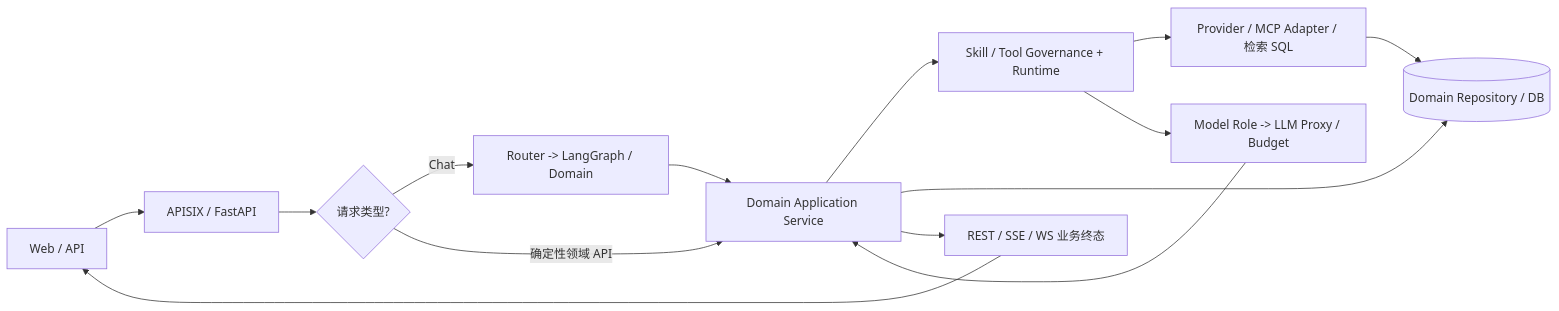
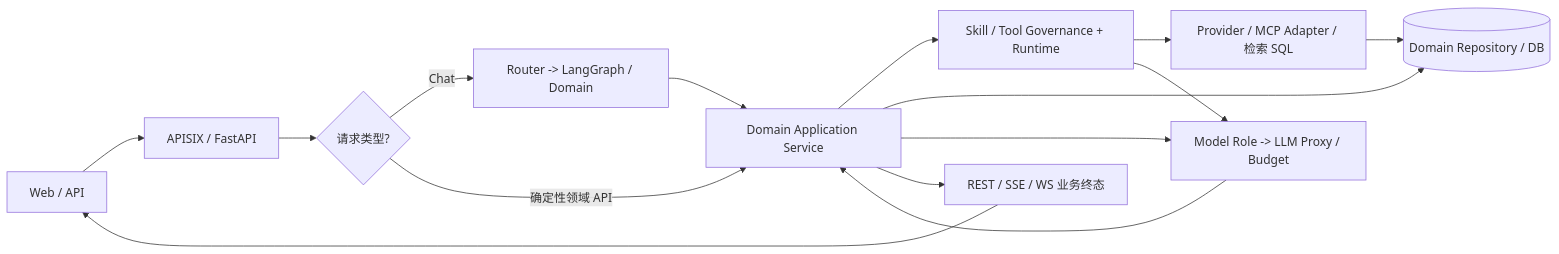
The second of 2 diagrams in docs/architecture/module-boundaries.md (Jayus-07/agent), drawn with Mermaid before and after one commit. The commit also changed 1 other file, not shown here.

Commit message:
docs(contract): align SSE event names and direct model invocation path

````diff
--- a/docs/architecture/module-boundaries.md
+++ b/docs/architecture/module-boundaries.md
@@ -70,16 +70,17 @@
 ```mermaid
 flowchart LR
   U[Web / API] --> G[APISIX / FastAPI]
   G --> Q{请求类型?}
   Q -->|Chat| R[Router -> LangGraph / Domain]
   Q -->|确定性领域 API| D[Domain Application Service]
   R --> D
   D --> X[Skill / Tool Governance + Runtime]
   D --> B[(Domain Repository / DB)]
   X --> P[Provider / MCP Adapter / 检索 SQL]
   X --> M[Model Role -> LLM Proxy / Budget]
+  D --> M
   P --> B
   M --> D
   D --> O[REST / SSE / WS 业务终态]
   O --> U
 ```
````
